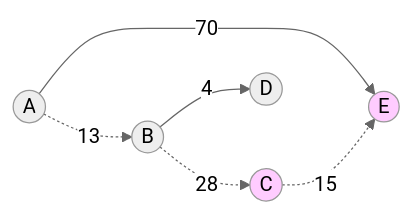
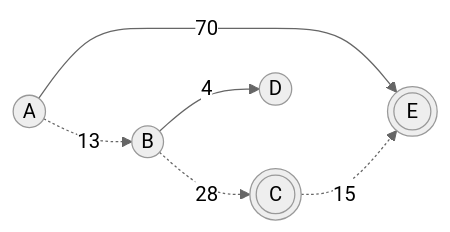
The fourth of 4 diagrams in _posts/DataStructure/Graph/2022-02-13-SPFA最短路.md (dmjcb/dmjcb.github.io), drawn with Mermaid (neutral theme) before and after one commit. The commit also changed other lines of this file and 78 other files, not shown here.

Commit message:
更新git部分图片;添加工作台图片

````diff
--- a/_posts/DataStructure/Graph/2022-02-13-SPFA最短路.md
+++ b/_posts/DataStructure/Graph/2022-02-13-SPFA最短路.md
@@ -115,18 +105,14 @@
 ```mermaid
 graph LR
     A((A))
     B((B))
-    C((C))
+    C(((C)))
     D((D))
-    E((E))
+    E(((E)))
 
     A -.13-.-> B
     A --70--> E
     B -.28-.-> C
     B --4--> D
     C -.15-.-> E
-
-    C:::Style
-    E:::Style
-    classDef Style fill:#FFCCFF
 ```
````
